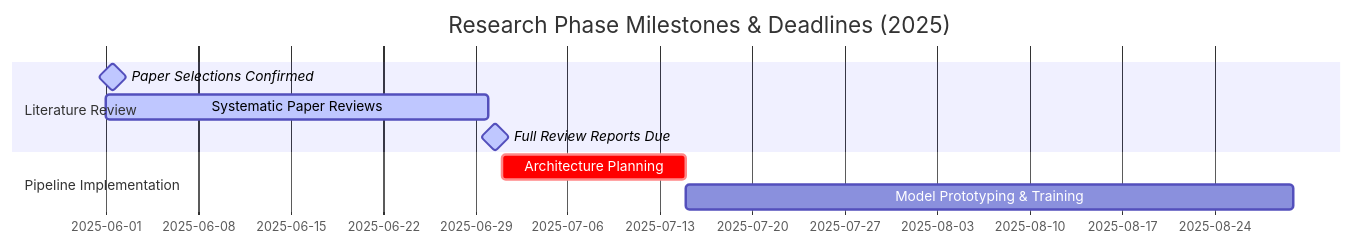
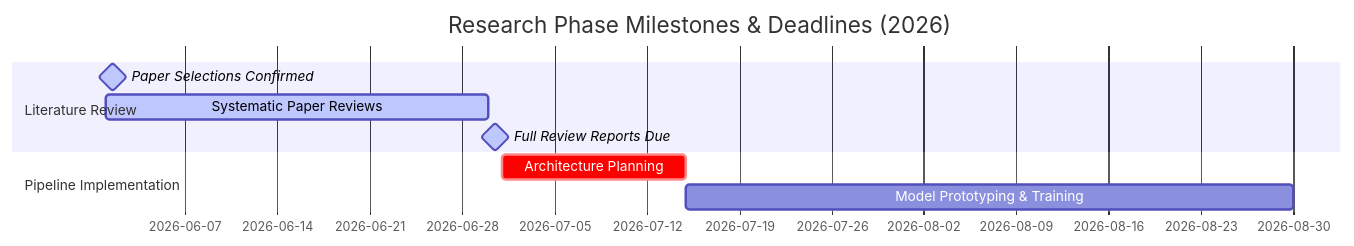
The diagram in README.md (avnikanungo/genome-sequencing), drawn with Mermaid before and after one commit. The commit also changed other lines of this file and 26 other files, not shown here.

````diff
--- a/README.md
+++ b/README.md
@@ -57,12 +60,12 @@
 ```mermaid
 gantt
-    title Research Phase Milestones & Deadlines (2025)
+    title Research Phase Milestones & Deadlines (2026)
     dateFormat  YYYY-MM-DD
     section Literature Review
-    Paper Selections Confirmed    :milestone, active, 2025-06-01, 1d
-    Systematic Paper Reviews      :active, 2025-06-01, 2025-06-30
-    Full Review Reports Due       :milestone, active, 2025-06-30, 1d
+    Paper Selections Confirmed    :milestone, active, 2026-06-01, 1d
+    Systematic Paper Reviews      :active, 2026-06-01, 2026-06-30
+    Full Review Reports Due       :milestone, active, 2026-06-30, 1d
     section Pipeline Implementation
-    Architecture Planning         :crit, 2025-07-01, 2025-07-15
-    Model Prototyping & Training  :2025-07-15, 2025-08-30
+    Architecture Planning         :crit, 2026-07-01, 2026-07-15
+    Model Prototyping & Training  :2026-07-15, 2026-08-30
 ```
````
